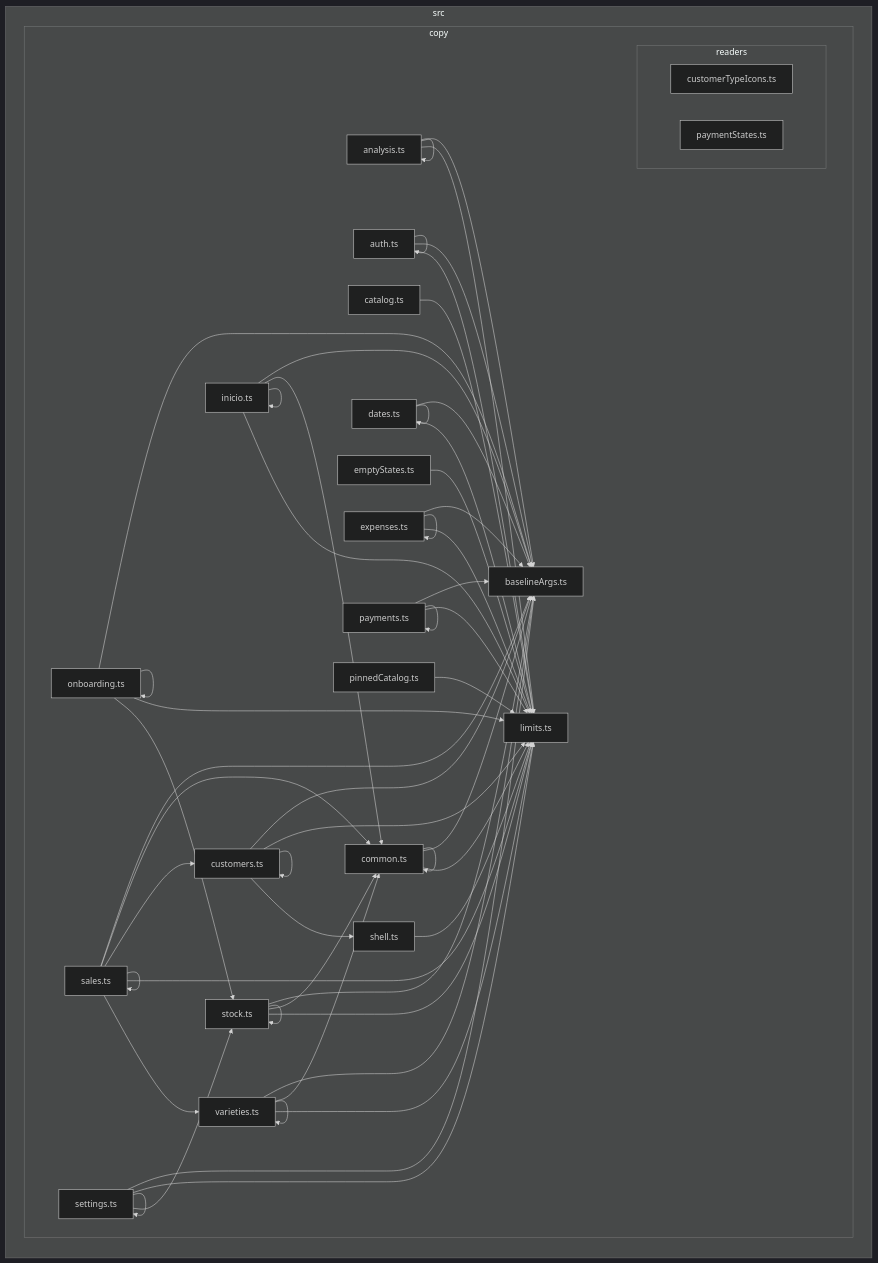
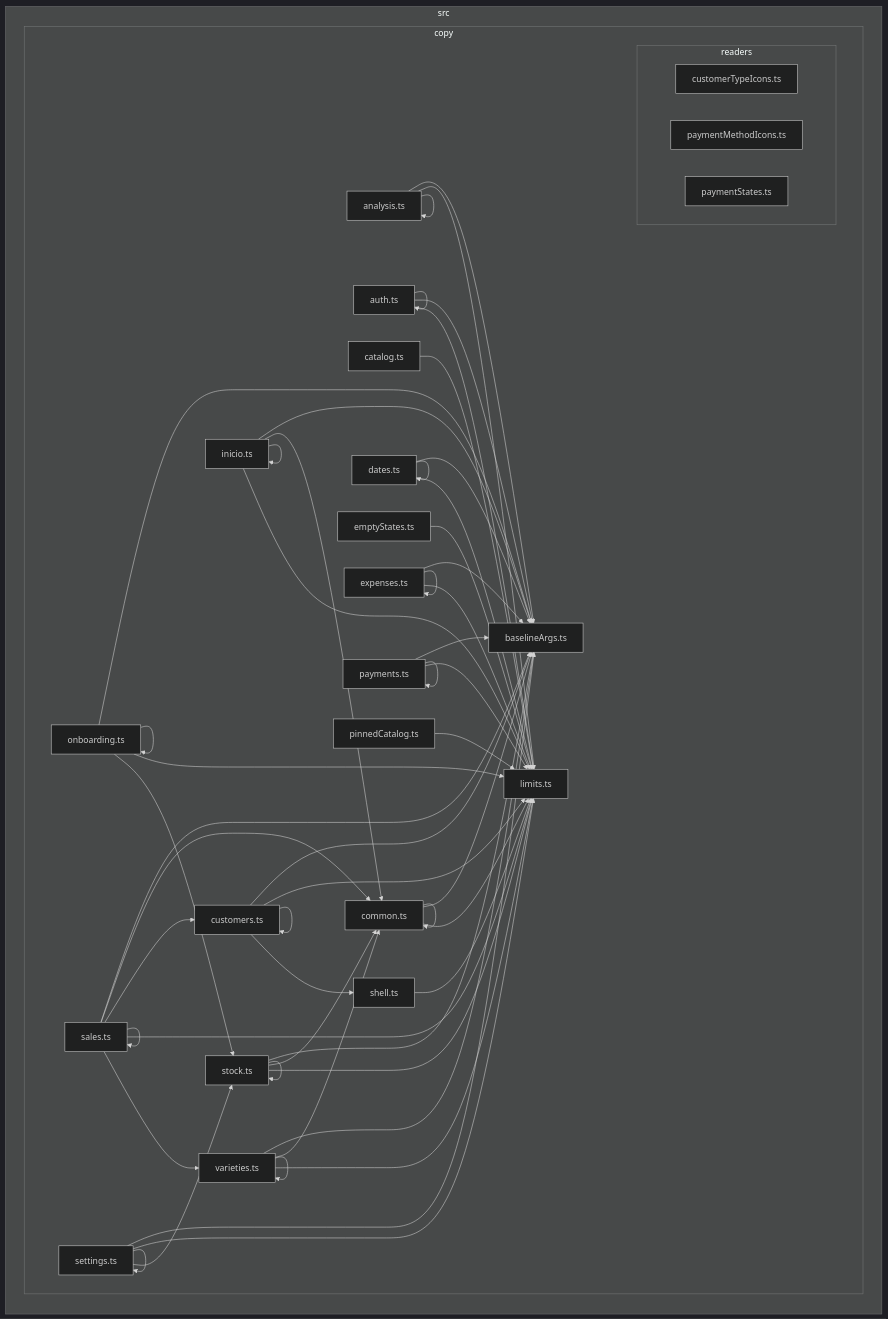
Before and after one commit to GonzaloZevallos/apostrophe: the diagram in docs/architecture/generated/front-modules/copy.md, drawn with Mermaid (dark theme). The commit also changed 12 other files, not shown here.

First line of the commit message:
GH-407: neutral payment method icon set for the front

```diff
--- a/docs/architecture/generated/front-modules/copy.md
+++ b/docs/architecture/generated/front-modules/copy.md
@@ -10,6 +10,7 @@
   subgraph src_copy["copy"]
     subgraph src_copy_readers["readers"]
       src_copy_readers_customerTypeIcons_ts["customerTypeIcons.ts"]
+      src_copy_readers_paymentMethodIcons_ts["paymentMethodIcons.ts"]
       src_copy_readers_paymentStates_ts["paymentStates.ts"]
     end
     src_copy_analysis_ts["analysis.ts"]
```
